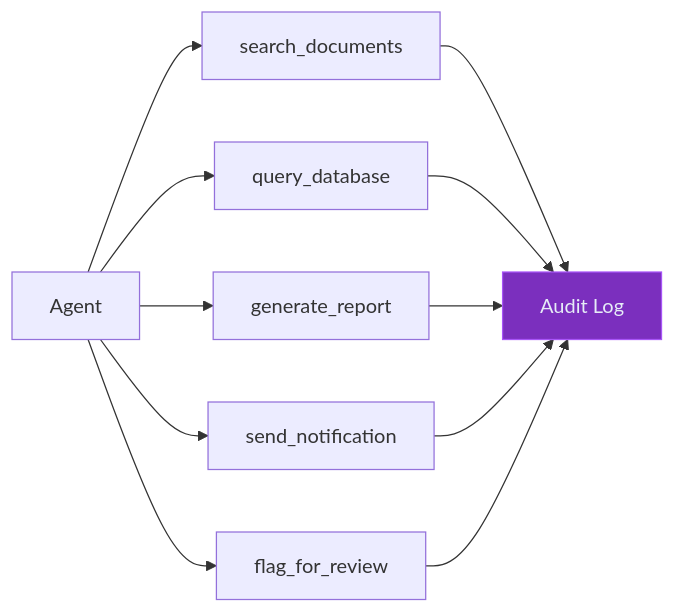
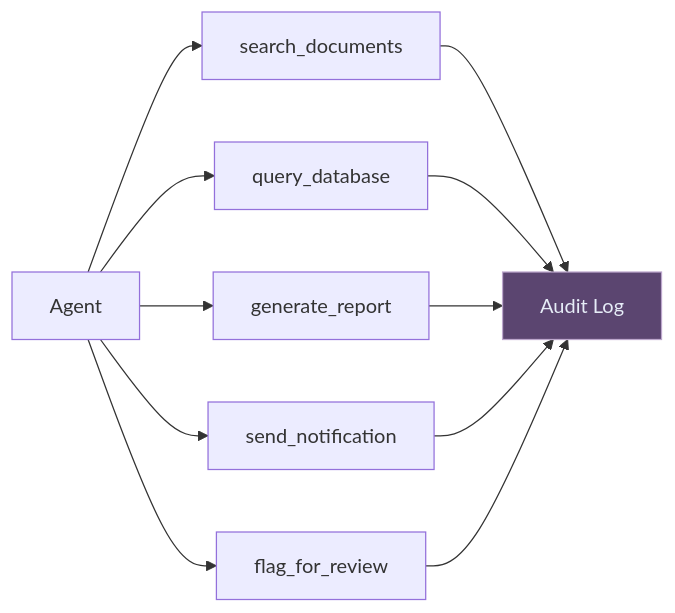
One commit to lorvexai/lorvexai changed the fifth of 7 diagrams in blog/agentic-ai-design-patterns.md. Above: the diagram before and after it, drawn with Mermaid. The commit also changed other lines of this file and 16 other files, not shown here.

First line of the commit message:
Retune hardcoded Mermaid node colors to match the site palette

````diff
--- a/blog/agentic-ai-design-patterns.md
+++ b/blog/agentic-ai-design-patterns.md
@@ -138,16 +138,16 @@
 ```mermaid
 flowchart LR
     A[Agent] --> T1[search_documents]
     A --> T2[query_database]
     A --> T3[generate_report]
     A --> T4[send_notification]
     A --> T5[flag_for_review]
 
     T1 --> AL[Audit Log]
     T2 --> AL
     T3 --> AL
     T4 --> AL
     T5 --> AL
 
-    style AL fill:#7B2FBE,stroke:#a855f7,color:#E6ECF7
+    style AL fill:#5B4570,stroke:#BCA6CC,color:#E6ECF7
 ```
````
